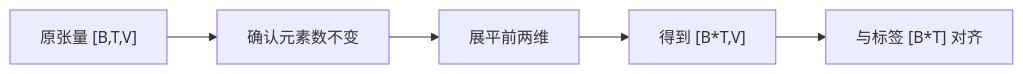
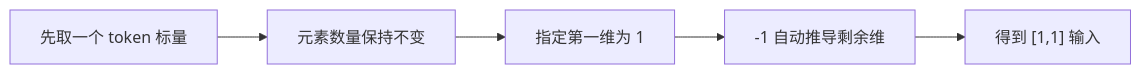
Before and after one commit to luyunix/nlp_study: the first of 2 diagrams in notes/seq2seq-translation/21-view-function.md, drawn with Mermaid. The commit also changed other lines of this file and 66 other files, not shown here.

````diff
--- a/notes/seq2seq-translation/21-view-function.md
+++ b/notes/seq2seq-translation/21-view-function.md
@@ -17,12 +17,12 @@
 ```mermaid
 flowchart LR
-    N0["原张量 [B,T,V]"]
-    N1["确认元素数不变"]
-    N2["展平前两维"]
-    N3["得到 [B*T,V]"]
-    N4["与标签 [B*T] 对齐"]
+    N0["先取一个 token 标量"]
+    N1["元素数量保持不变"]
+    N2["指定第一维为 1"]
+    N3["-1 自动推导剩余维"]
+    N4["得到 [1,1] 输入"]
     N0 --> N1
     N1 --> N2
     N2 --> N3
     N3 --> N4
 ```
````
